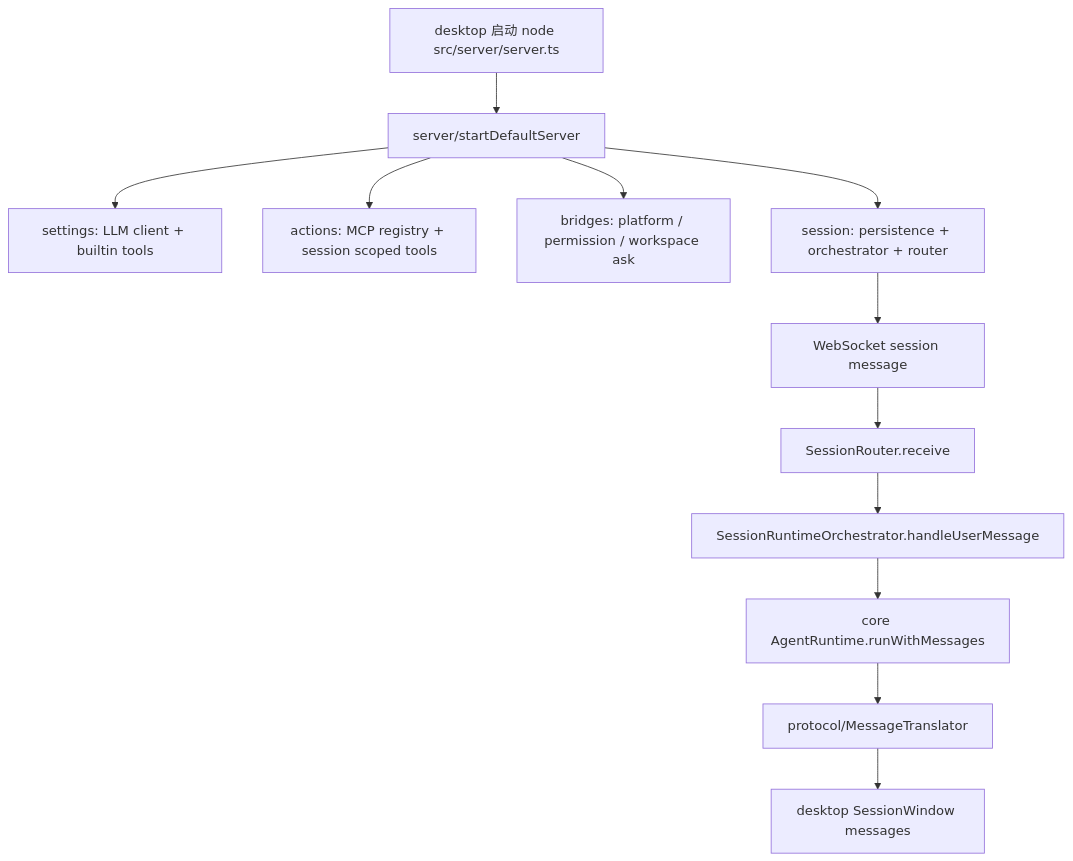
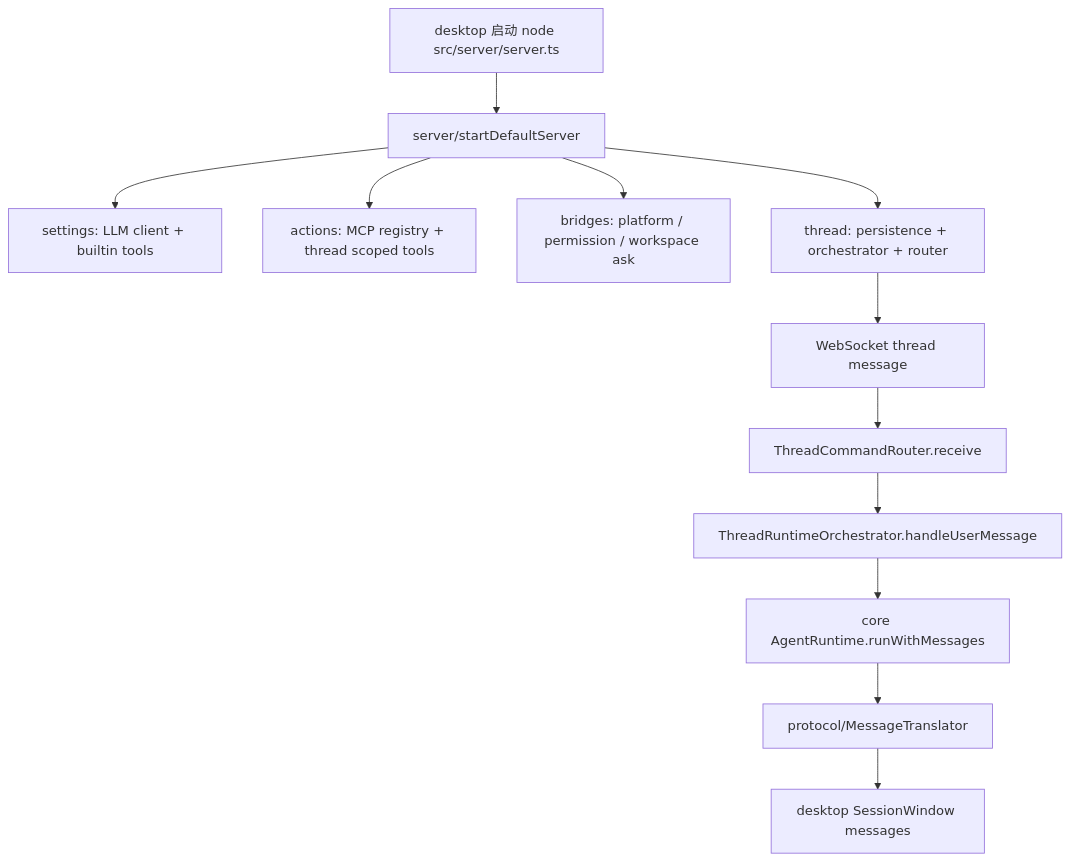
The diagram in apps/agent-server/src/src.md (Lixuhang987/SpotAgent), drawn with Mermaid before and after one commit. The commit also changed other lines of this file and 49 other files, not shown here.

````diff
--- a/apps/agent-server/src/src.md
+++ b/apps/agent-server/src/src.md
@@ -20,14 +20,14 @@
 ```mermaid
 flowchart TD
   A["desktop 启动 node src/server/server.ts"] --> B["server/startDefaultServer"]
   B --> C["settings: LLM client + builtin tools"]
-  B --> D["actions: MCP registry + session scoped tools"]
+  B --> D["actions: MCP registry + thread scoped tools"]
   B --> E["bridges: platform / permission / workspace ask"]
-  B --> F["session: persistence + orchestrator + router"]
-  F --> G["WebSocket session message"]
-  G --> H["SessionRouter.receive"]
-  H --> I["SessionRuntimeOrchestrator.handleUserMessage"]
+  B --> F["thread: persistence + orchestrator + router"]
+  F --> G["WebSocket thread message"]
+  G --> H["ThreadCommandRouter.receive"]
+  H --> I["ThreadRuntimeOrchestrator.handleUserMessage"]
   I --> J["core AgentRuntime.runWithMessages"]
   J --> K["protocol/MessageTranslator"]
   K --> L["desktop SessionWindow messages"]
 ```
````
